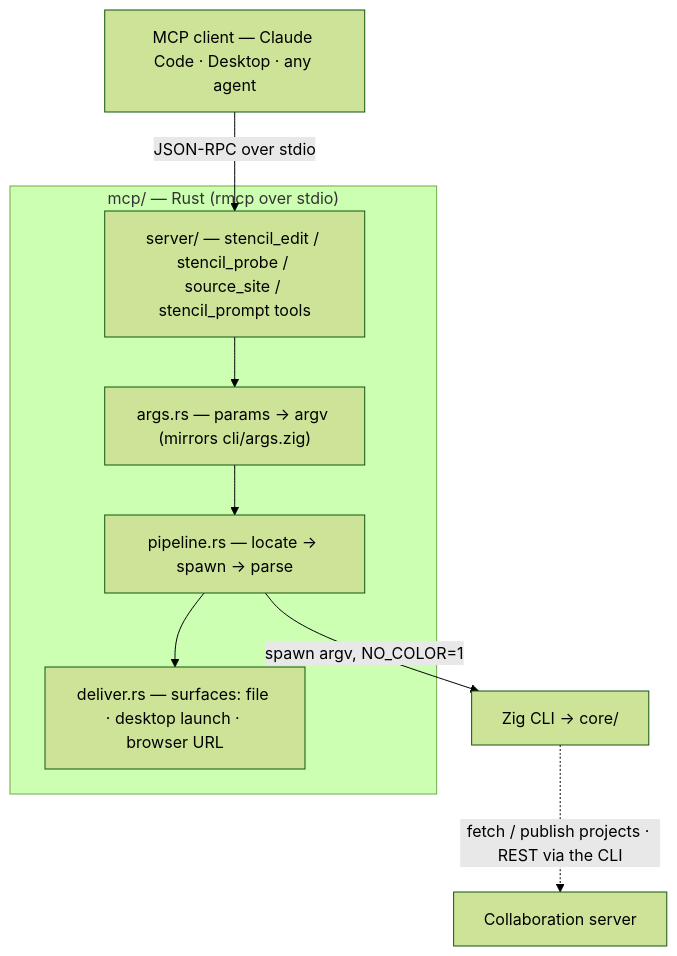
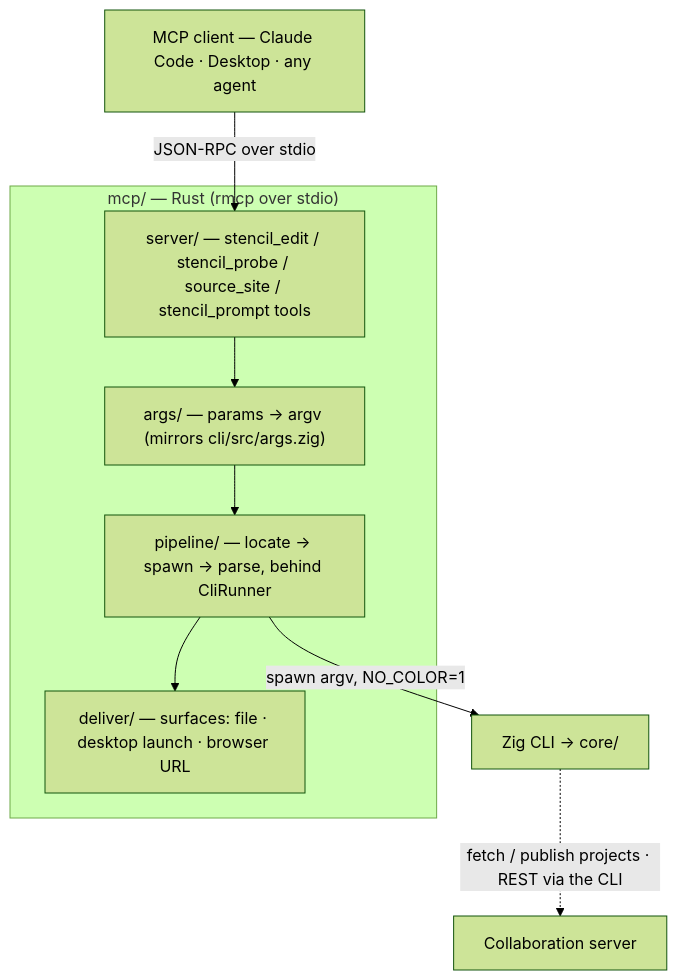
The first of 2 diagrams in mcp/README.md (andrew1407/stencil), drawn with Mermaid (forest theme) before and after one commit. The commit also changed other lines of this file and 1 other file, not shown here.

````diff
--- a/mcp/README.md
+++ b/mcp/README.md
@@ -31,19 +31,19 @@
 ```mermaid
 graph TD
     CLIENT["MCP client — Claude Code · Desktop · any agent"]
     subgraph MCP["mcp/ — Rust (rmcp over stdio)"]
       SERVER["server/ — stencil_edit / stencil_probe / source_site / stencil_prompt tools"]
-      ARGS["args.rs — params → argv (mirrors cli/args.zig)"]
-      PIPE["pipeline.rs — locate → spawn → parse"]
-      DEL["deliver.rs — surfaces: file · desktop launch · browser URL"]
+      ARGS["args/ — params → argv (mirrors cli/src/args.zig)"]
+      PIPE["pipeline/ — locate → spawn → parse, behind CliRunner"]
+      DEL["deliver/ — surfaces: file · desktop launch · browser URL"]
     end
     CLI["Zig CLI → core/"]
     SRV["Collaboration server"]
 
     CLIENT -->|"JSON-RPC over stdio"| SERVER
     SERVER --> ARGS
     ARGS --> PIPE
     PIPE -->|"spawn argv, NO_COLOR=1"| CLI
     CLI -.->|"fetch / publish projects · REST via the CLI"| SRV
     PIPE --> DEL
 ```
````
